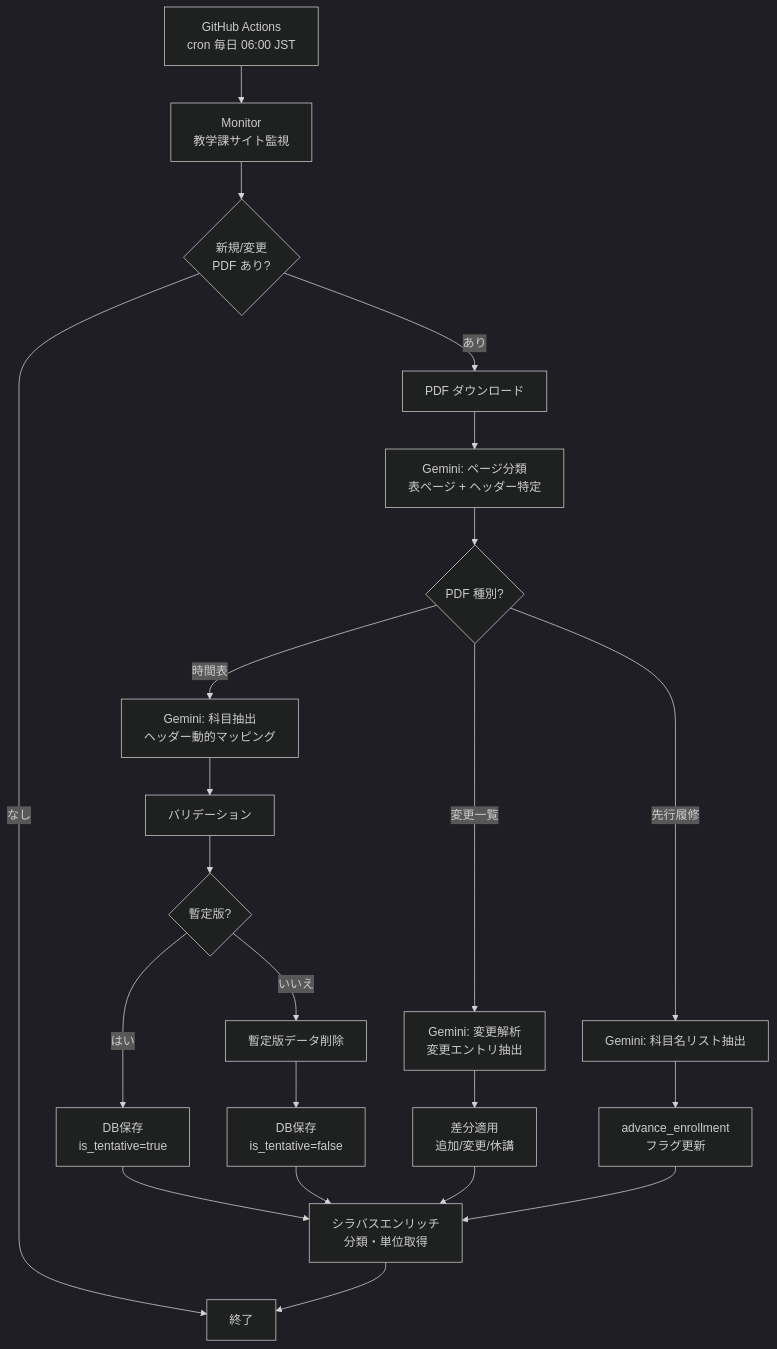
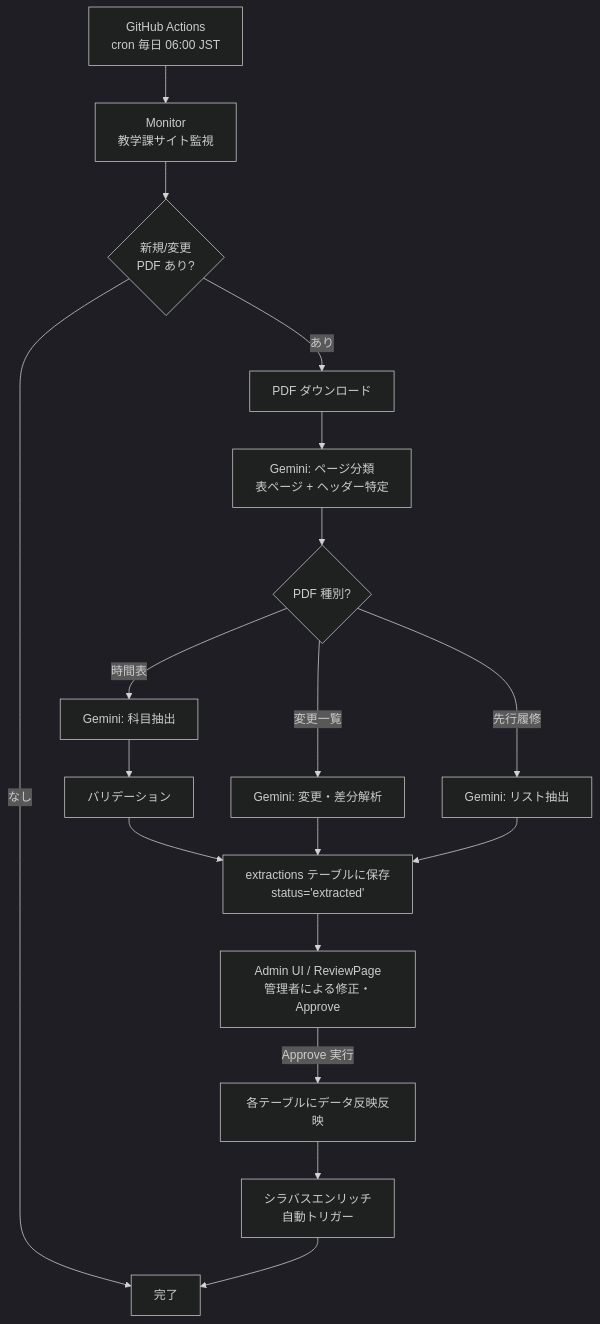
The second of 2 diagrams in Docs/01_data_pipeline.md (nahcaru/tcu-time), drawn with Mermaid (dark theme) before and after one commit. The commit also changed other lines of this file and 38 other files, not shown here.

````diff
--- a/Docs/01_data_pipeline.md
+++ b/Docs/01_data_pipeline.md
@@ -559,23 +557,23 @@
 ```mermaid
 flowchart TD
     START[GitHub Actions<br/>cron 毎日 06:00 JST] --> MON[Monitor<br/>教学課サイト監視]
     MON --> CHK{新規/変更<br/>PDF あり?}
     CHK -->|なし| FIN[終了]
     CHK -->|あり| DL[PDF ダウンロード]
     DL --> CLS[Gemini: ページ分類<br/>表ページ + ヘッダー特定]
     CLS --> TYPE{PDF 種別?}
-    TYPE -->|時間表| EXT[Gemini: 科目抽出<br/>ヘッダー動的マッピング]
-    TYPE -->|変更一覧| CHG[Gemini: 変更解析<br/>変更エントリ抽出]
+    
+    TYPE -->|時間表| EXT[Gemini: 科目抽出]
+    TYPE -->|変更一覧| CHG[Gemini: 変更・差分解析]
+    TYPE -->|先行履修| ADV[Gemini: リスト抽出]
+
     EXT --> VAL[バリデーション]
-    VAL --> TENT{暫定版?}
-    TENT -->|はい| SAVE1[DB保存<br/>is_tentative=true]
-    TENT -->|いいえ| DEL[暫定版データ削除] --> SAVE2[DB保存<br/>is_tentative=false]
-    SAVE1 --> ENR
-    SAVE2 --> ENR
-    CHG --> DIFF[差分適用<br/>追加/変更/休講]
-    DIFF --> ENR
-    TYPE -->|先行履修| ADV[Gemini: 科目名リスト抽出]
-    ADV --> FLAG[advance_enrollment<br/>フラグ更新]
-    FLAG --> ENR[シラバスエンリッチ<br/>分類・単位取得]
-    ENR --> FIN
+    VAL --> SAVE_E[extractions テーブルに保存<br/>status='extracted']
+    CHG --> SAVE_E
+    ADV --> SAVE_E
+
+    SAVE_E --> UI[Admin UI / ReviewPage<br/>管理者による修正・Approve]
+    UI -->|Approve 実行| APR[各テーブルにデータ反映反映]
+    APR --> ENR[シラバスエンリッチ<br/>自動トリガー]
+    ENR --> FIN[完了]
 ```
````
